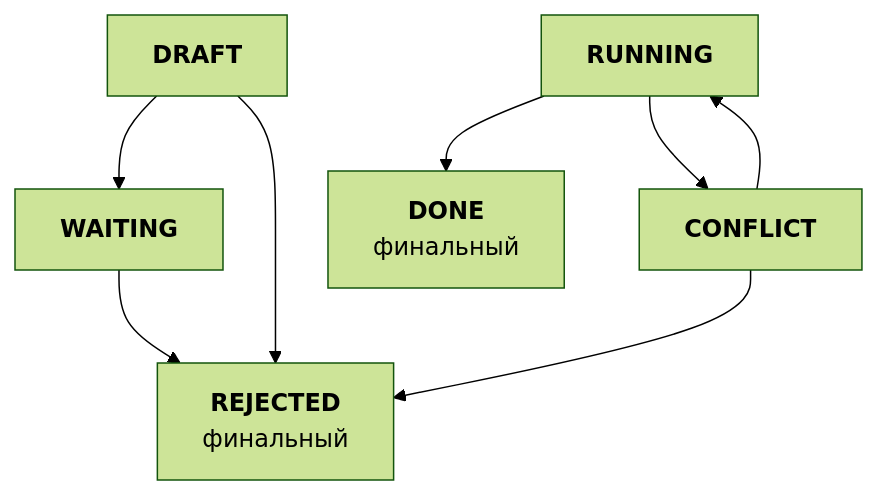
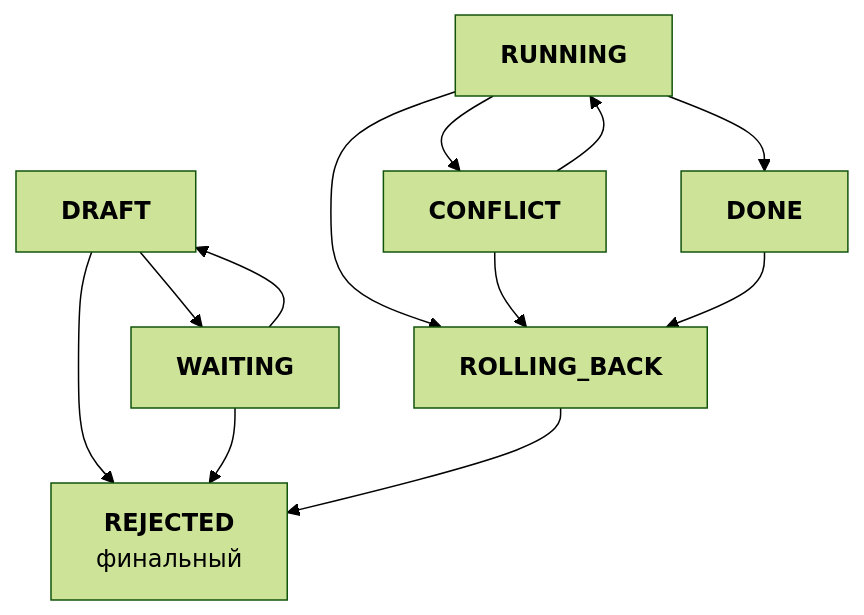
The second of 5 diagrams in .claude/drafts/2026-02-08-specs-architecture.md (NSEvteev/FullSpec), drawn with Mermaid (forest theme) before and after one commit. The commit also changed other lines of this file and 2 other files, not shown here.

````diff
--- a/.claude/drafts/2026-02-08-specs-architecture.md
+++ b/.claude/drafts/2026-02-08-specs-architecture.md
@@ -192,24 +194,29 @@
 ```mermaid
 graph TD
     DRAFT["<b>DRAFT</b>"]
 
     WAITING["<b>WAITING</b>"]
 
     RUNNING["<b>RUNNING</b>"]
 
-    DONE["<b>DONE</b>
-    финальный"]
+    DONE["<b>DONE</b>"]
 
     CONFLICT["<b>CONFLICT</b>"]
+
+    ROLLING_BACK["<b>ROLLING_BACK</b>"]
 
     REJECTED["<b>REJECTED</b>
     финальный"]
 
     DRAFT --> WAITING
     DRAFT --> REJECTED
     WAITING --> REJECTED
+    WAITING --> DRAFT
     RUNNING --> DONE
     RUNNING --> CONFLICT
+    RUNNING --> ROLLING_BACK
     CONFLICT --> RUNNING
-    CONFLICT --> REJECTED
+    CONFLICT --> ROLLING_BACK
+    DONE --> ROLLING_BACK
+    ROLLING_BACK --> REJECTED
 ```
````
